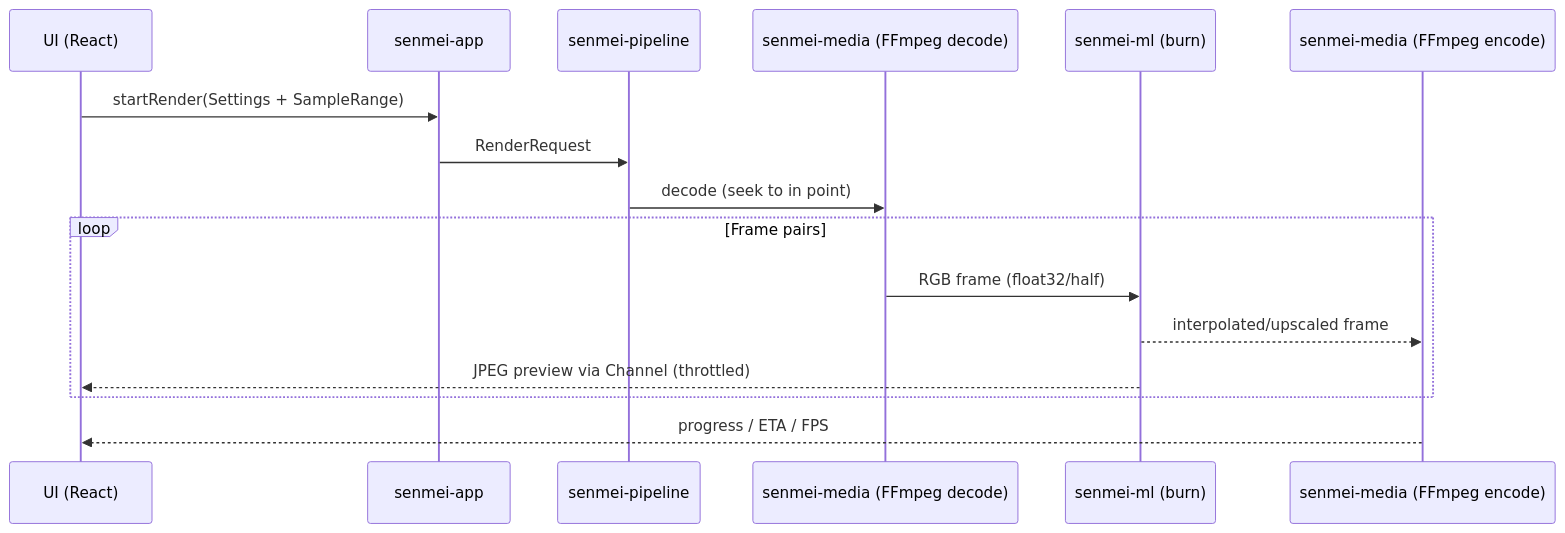
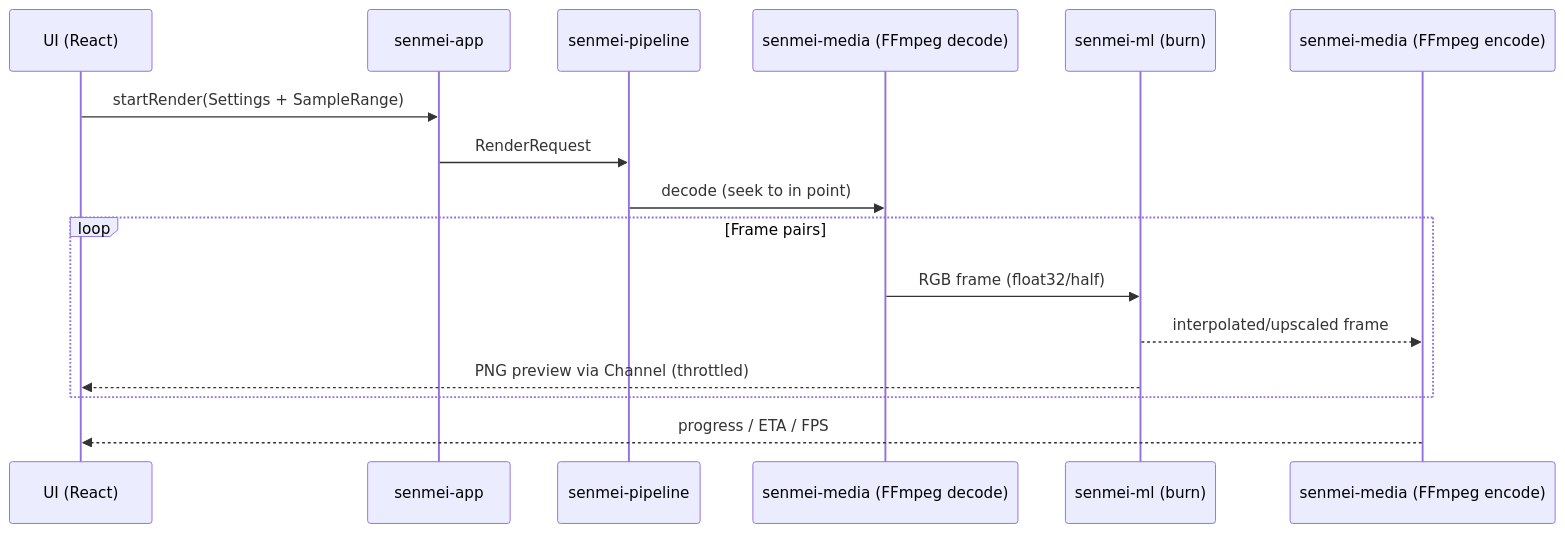
The third of 3 diagrams in docs/PLAN.md (senmei-app/senmei), drawn with Mermaid before and after one commit. The commit also changed other lines of this file and 5 other files, not shown here.

````diff
--- a/docs/PLAN.md
+++ b/docs/PLAN.md
@@ -239,19 +238,19 @@
 ```mermaid
 sequenceDiagram
     participant UI as UI (React)
     participant APP as senmei-app
     participant PIPE as senmei-pipeline
     participant MEDIA as senmei-media (FFmpeg decode)
     participant ML as senmei-ml (burn)
     participant ENC as senmei-media (FFmpeg encode)
 
     UI->>APP: startRender(Settings + SampleRange)
     APP->>PIPE: RenderRequest
     PIPE->>MEDIA: decode (seek to in point)
     loop Frame pairs
         MEDIA->>ML: RGB frame (float32/half)
         ML-->>ENC: interpolated/upscaled frame
-        ML-->>UI: JPEG preview via Channel (throttled)
+        ML-->>UI: PNG preview via Channel (throttled)
     end
     ENC-->>UI: progress / ETA / FPS
 ```
````
